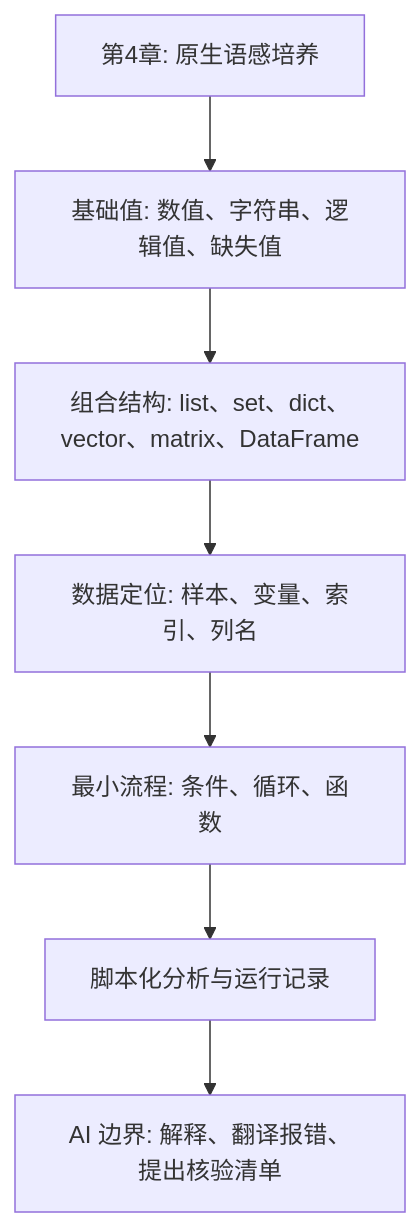
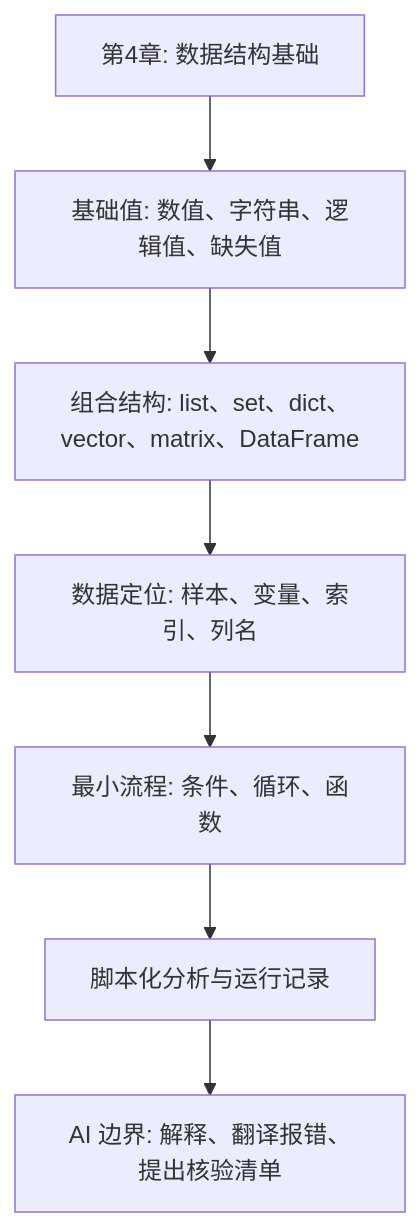
One commit to luvega/AI_MED_DataVis changed the first of 2 diagrams in docs/chapters/chapter-4/index.md. Above: the diagram before and after it, drawn with Mermaid. The commit also changed other lines of this file and 16 other files, not shown here.

````diff
--- a/docs/chapters/chapter-4/index.md
+++ b/docs/chapters/chapter-4/index.md
@@ -50,9 +48,9 @@
 ```mermaid
 flowchart TD
-    A["第4章: 原生语感培养"] --> B["基础值: 数值、字符串、逻辑值、缺失值"]
+    A["第4章: 数据结构基础"] --> B["基础值: 数值、字符串、逻辑值、缺失值"]
     B --> C["组合结构: list、set、dict、vector、matrix、DataFrame"]
     C --> D["数据定位: 样本、变量、索引、列名"]
     D --> E["最小流程: 条件、循环、函数"]
     E --> F["脚本化分析与运行记录"]
     F --> G["AI 边界: 解释、翻译报错、提出核验清单"]
 ```
````
